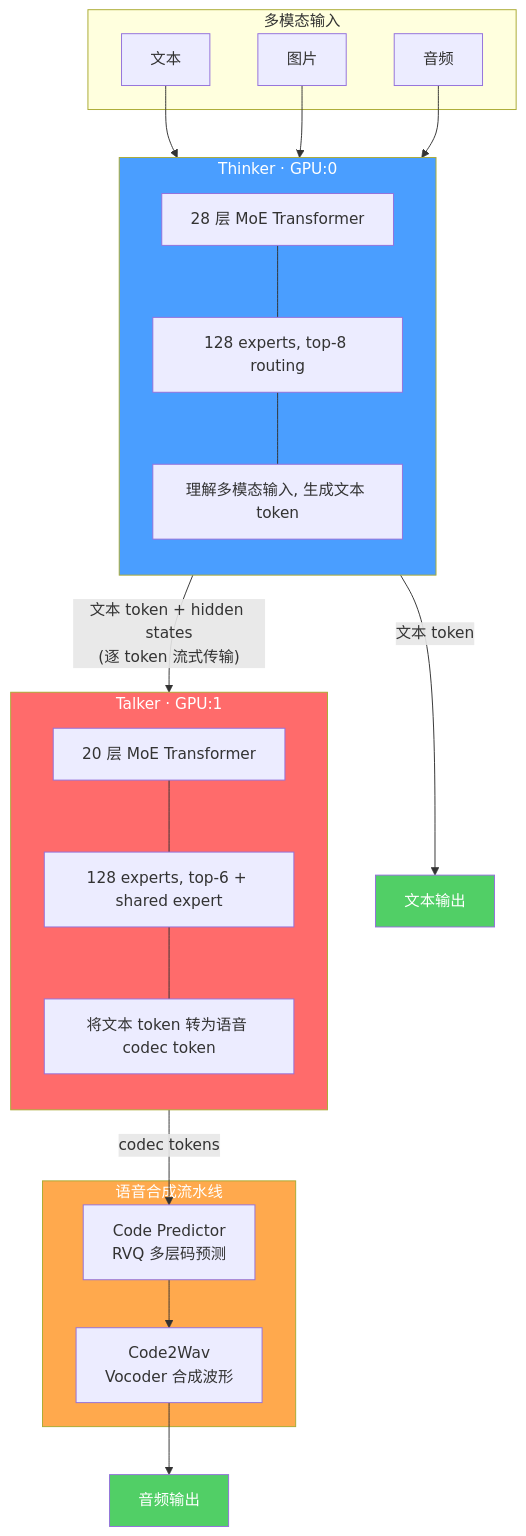
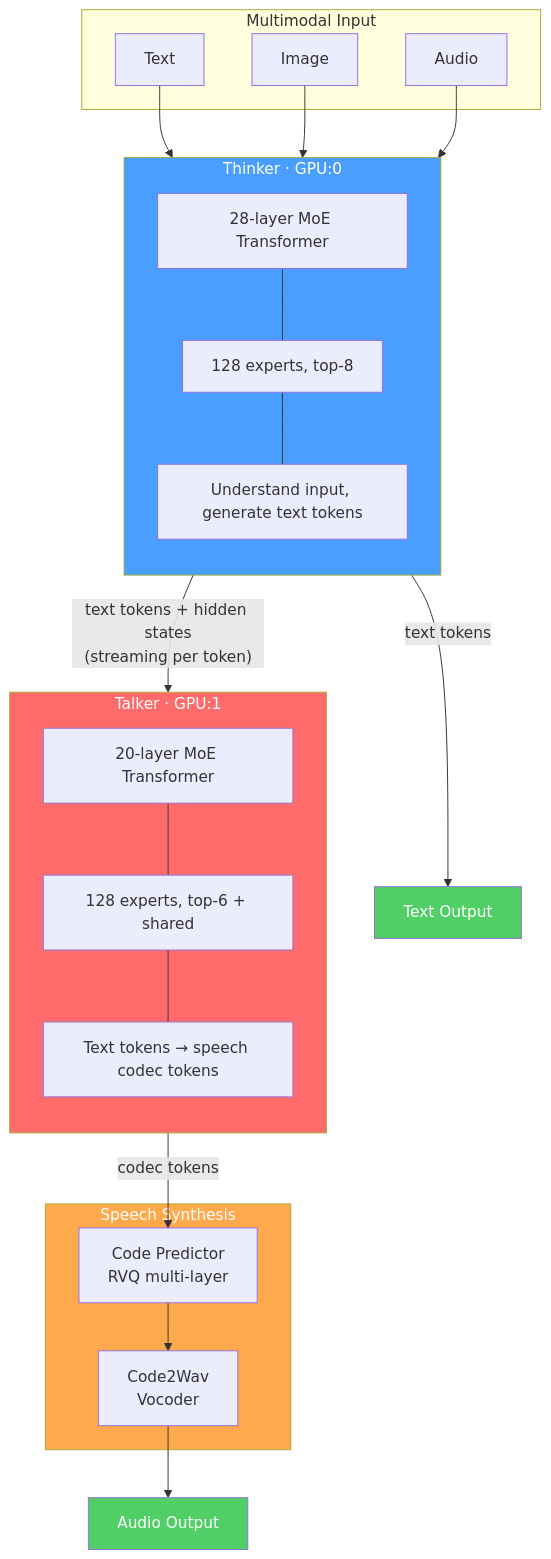
One commit to zhaochenyang20/Awesome-ML-SYS-Tutorial changed the first of 31 diagrams in sglang/sglang-omni/README.md. Above: the diagram before and after it, drawn with Mermaid. The commit also changed other lines of this file, not shown here.

First line of the commit message:
style: use English in all Mermaid diagrams, fix broken links, simplify oversized charts

````diff
--- a/sglang/sglang-omni/README.md
+++ b/sglang/sglang-omni/README.md
@@ -46,42 +46,42 @@
 ```mermaid
 graph TB
-    subgraph Input["多模态输入"]
-        text["文本"]
-        img["图片"]
-        audio["音频"]
+    subgraph Input["Multimodal Input"]
+        text["Text"]
+        img["Image"]
+        audio["Audio"]
     end
 
     subgraph Thinker["Thinker · GPU:0"]
         direction TB
-        T1["28 层 MoE Transformer"]
-        T2["128 experts, top-8 routing"]
-        T3["理解多模态输入, 生成文本 token"]
+        T1["28-layer MoE Transformer"]
+        T2["128 experts, top-8"]
+        T3["Understand input, generate text tokens"]
         T1 --- T2 --- T3
     end
 
     subgraph Talker["Talker · GPU:1"]
         direction TB
-        K1["20 层 MoE Transformer"]
-        K2["128 experts, top-6 + shared expert"]
-        K3["将文本 token 转为语音 codec token"]
+        K1["20-layer MoE Transformer"]
+        K2["128 experts, top-6 + shared"]
+        K3["Text tokens → speech codec tokens"]
         K1 --- K2 --- K3
     end
 
-    subgraph SpeechPipeline["语音合成流水线"]
-        CP["Code Predictor<br/>RVQ 多层码预测"]
-        C2W["Code2Wav<br/>Vocoder 合成波形"]
+    subgraph SpeechPipeline["Speech Synthesis"]
+        CP["Code Predictor<br/>RVQ multi-layer"]
+        C2W["Code2Wav<br/>Vocoder"]
         CP --> C2W
     end
 
     text & img & audio --> Thinker
-    Thinker -- "文本 token + hidden states<br/>(逐 token 流式传输)" --> Talker
-    Thinker -- "文本 token" --> TextOut["文本输出"]
+    Thinker -- "text tokens + hidden states<br/>(streaming per token)" --> Talker
+    Thinker -- "text tokens" --> TextOut["Text Output"]
     Talker -- "codec tokens" --> CP
-    C2W --> AudioOut["音频输出"]
+    C2W --> AudioOut["Audio Output"]
 
     style Thinker fill:#4a9eff,color:#fff
     style Talker fill:#ff6b6b,color:#fff
     style SpeechPipeline fill:#ffa94d,color:#fff
     style TextOut fill:#51cf66,color:#fff
     style AudioOut fill:#51cf66,color:#fff
 ```
````
